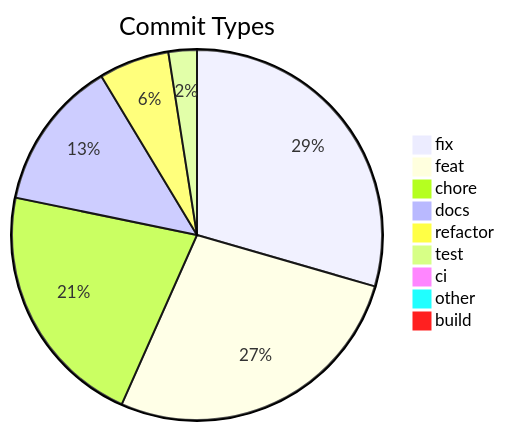
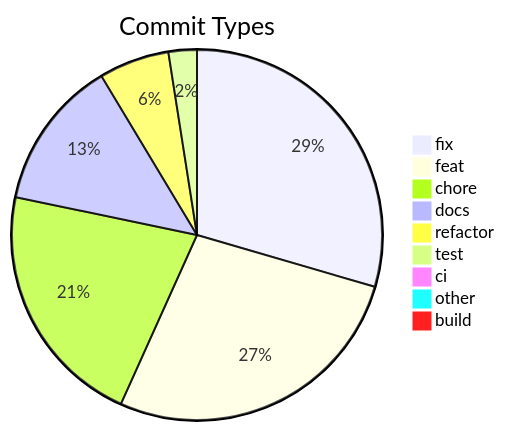
One commit to svenroth-ai/shipwright changed the diagram in .shipwright/compliance/change-history.md. Above: the diagram before and after it, drawn with Mermaid. The commit also changed other lines of this file and 34 other files, not shown here.

````diff
--- a/.shipwright/compliance/change-history.md
+++ b/.shipwright/compliance/change-history.md
@@ -8,12 +8,12 @@
 ```mermaid
 pie title Commit Types
-    "fix" : 321
-    "feat" : 296
+    "fix" : 322
+    "feat" : 297
     "chore" : 235
     "docs" : 143
     "refactor" : 67
     "test" : 27
     "ci" : 11
     "other" : 7
     "build" : 1
 ```
````
